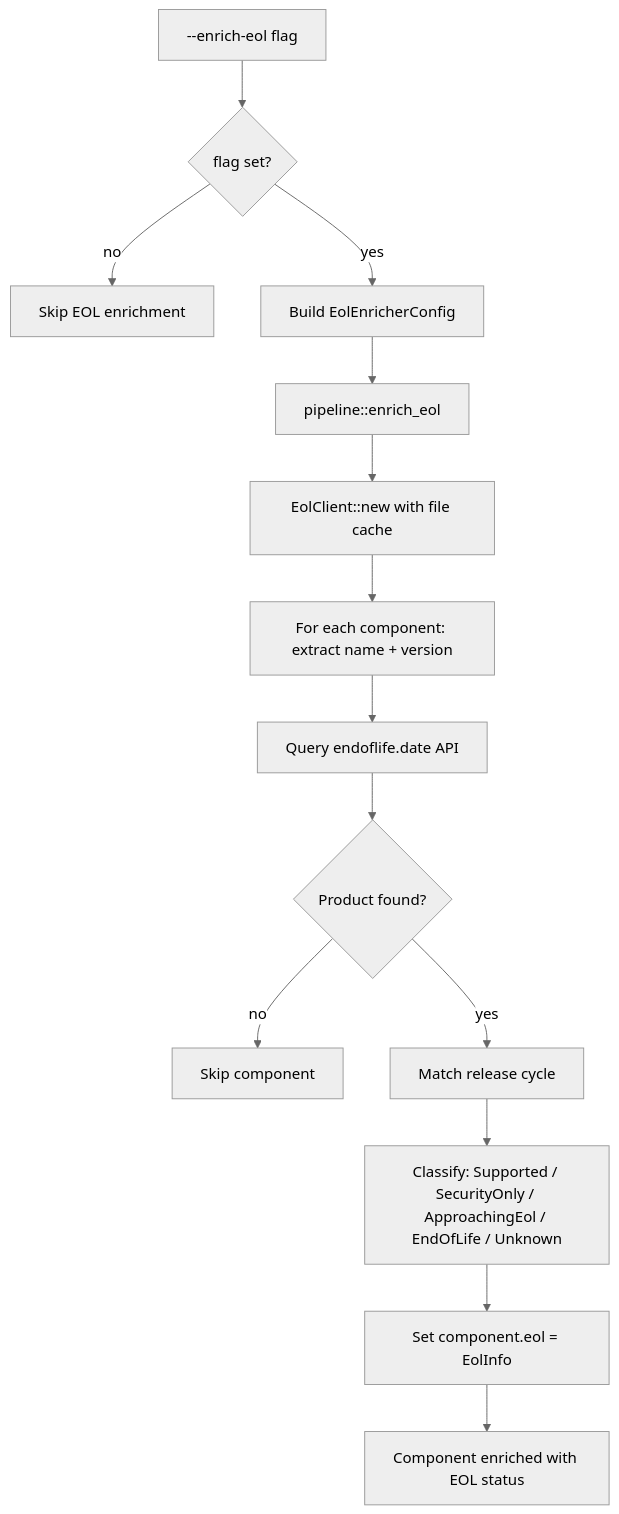
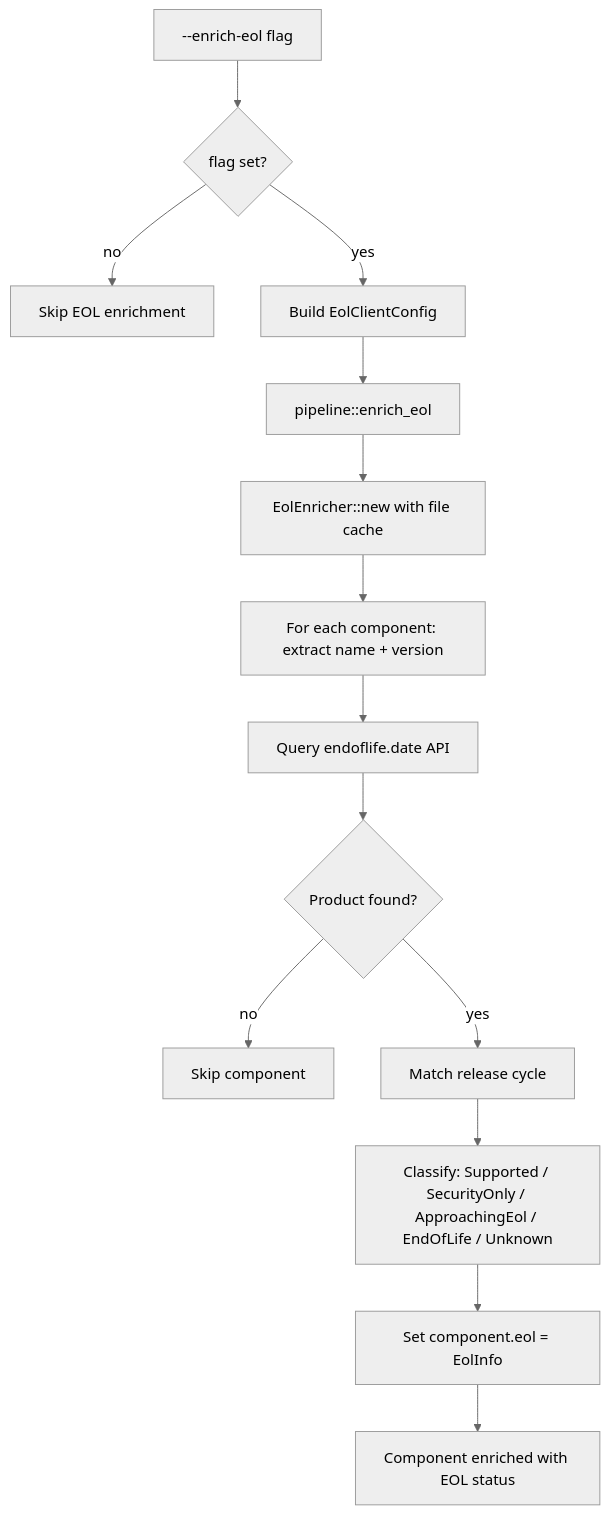
One commit to MChorfa/sbom-tools changed the eighth of 8 diagrams in docs/pipeline-diagrams.md. Above: the diagram before and after it, drawn with Mermaid (neutral theme). The commit also changed other lines of this file and 11 other files, not shown here.

````diff
--- a/docs/pipeline-diagrams.md
+++ b/docs/pipeline-diagrams.md
@@ -138,16 +242,16 @@
 ```mermaid
 flowchart TD
     A[--enrich-eol flag] --> B{flag set?}
     B -->|no| Z[Skip EOL enrichment]
-    B -->|yes| C[Build EolEnricherConfig]
+    B -->|yes| C[Build EolClientConfig]
     C --> D[pipeline::enrich_eol]
-    D --> E[EolClient::new with file cache]
+    D --> E[EolEnricher::new with file cache]
     E --> F[For each component: extract name + version]
     F --> G[Query endoflife.date API]
     G --> H{Product found?}
     H -->|no| I[Skip component]
     H -->|yes| J[Match release cycle]
     J --> K[Classify: Supported / SecurityOnly / ApproachingEol / EndOfLife / Unknown]
     K --> L[Set component.eol = EolInfo]
     L --> M[Component enriched with EOL status]
 ```
````
